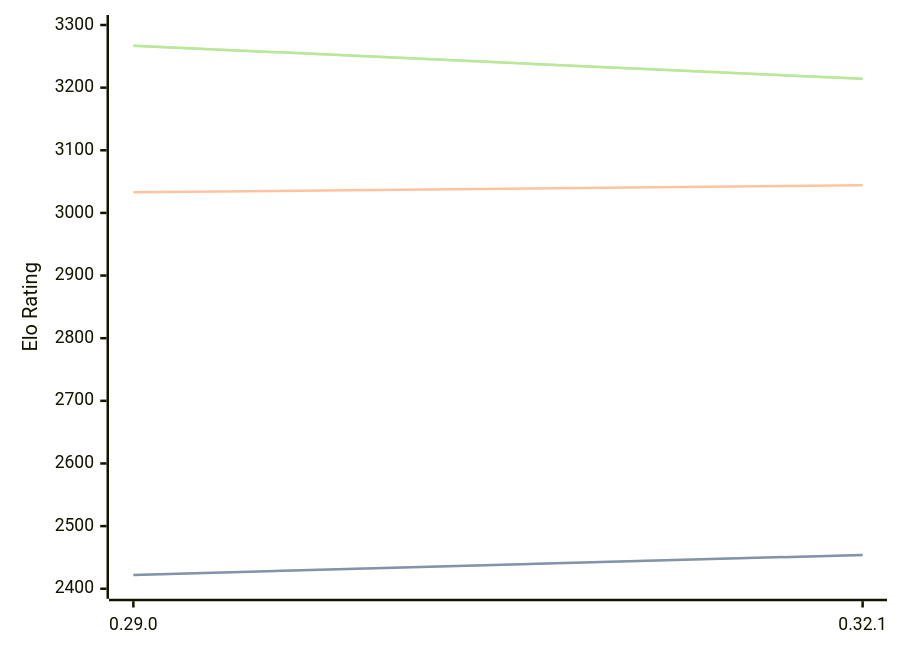
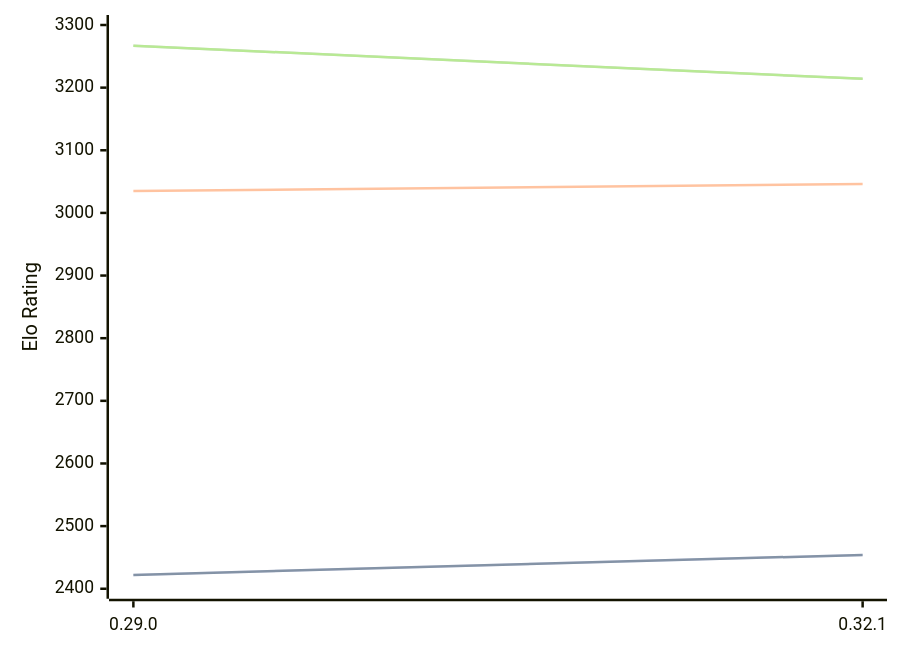
The diagram in engines/Lc0.md (computer-chess-index/cci), drawn with Mermaid before and after one commit. The commit also changed other lines of this file, not shown here.

````diff
--- a/engines/Lc0.md
+++ b/engines/Lc0.md
@@ -68,11 +68,11 @@
 ```mermaid
 %%{init: {"theme":"base","themeVariables":{"seriesColors:['#a3a3a3','#222221','#faa371']}}}%%
 xychart-beta
   x-axis ["0.29.0", "0.32.1"]
   y-axis "Elo Rating" 2400 --> 3300
   line "STC (8.0+0.08s)" [2422, 2454]
   line "STC (8.0+0.08s)" [2422, 2454]
-  line "LTC (60.0+0.60s)" [3033, 3044]
+  line "LTC (60.0+0.60s)" [3035, 3046]
   line "VLTC (2m24s+1.12s)" [3267, 3214]
   line "VLTC (2m24s+1.12s)" [3267, 3214]
 ```
````
